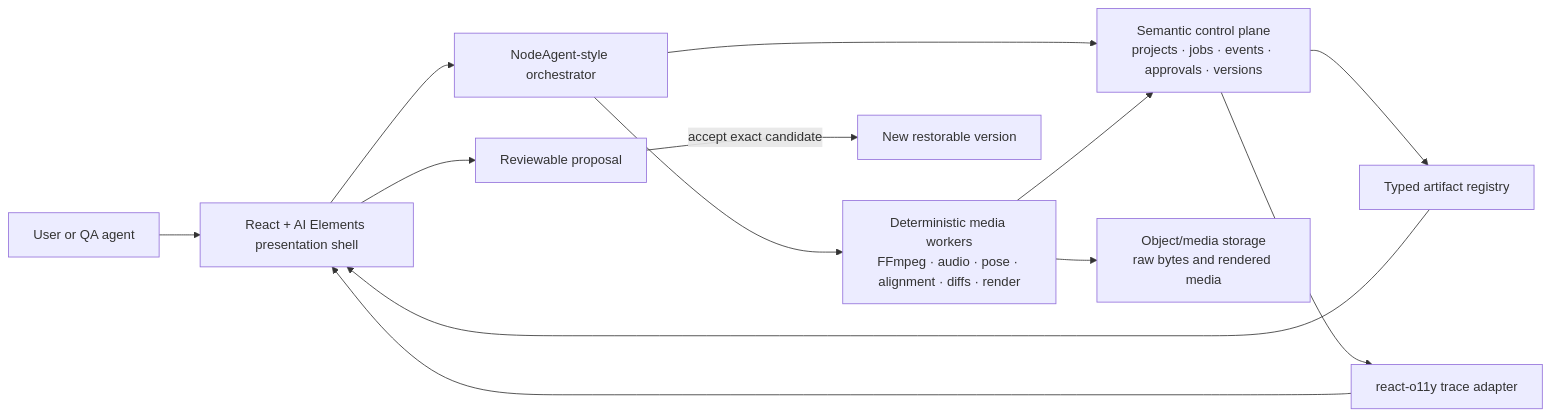
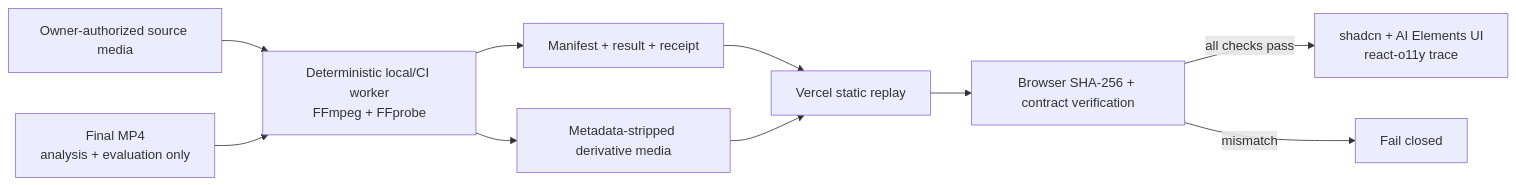
One commit to HomenShum/NodeVideo changed the first of 2 diagrams in docs/architecture.md. Above: the diagram before and after it, drawn with Mermaid. The commit also changed other lines of this file and 53 other files, not shown here.

First line of the commit message:
Publish authorized real-media reconstruction demo (#1)

````diff
--- a/docs/architecture.md
+++ b/docs/architecture.md
@@ -11,15 +10,12 @@
 ```mermaid
 flowchart LR
-  U["User or QA agent"] --> UI["React + AI Elements presentation shell"]
-  UI --> ORCH["NodeAgent-style orchestrator"]
-  ORCH --> CP["Semantic control plane\nprojects · jobs · events · approvals · versions"]
-  ORCH --> W["Deterministic media workers\nFFmpeg · audio · pose · alignment · diffs · render"]
-  W --> OS["Object/media storage\nraw bytes and rendered media"]
-  W --> CP
-  CP --> A["Typed artifact registry"]
-  CP --> T["react-o11y trace adapter"]
-  A --> UI
-  T --> UI
-  UI --> P["Reviewable proposal"]
-  P -->|"accept exact candidate"| V["New restorable version"]
+  OA["Owner-authorized source media"] --> W["Deterministic local/CI worker\nFFmpeg + FFprobe"]
+  T["Final MP4\nanalysis + evaluation only"] --> W
+  W --> P["Manifest + result + receipt"]
+  W --> M["Metadata-stripped derivative media"]
+  P --> V["Vercel static replay"]
+  M --> V
+  V --> B["Browser SHA-256 + contract verification"]
+  B -->|"all checks pass"| UI["shadcn + AI Elements UI\nreact-o11y trace"]
+  B -->|"mismatch"| F["Fail closed"]
 ```
````
